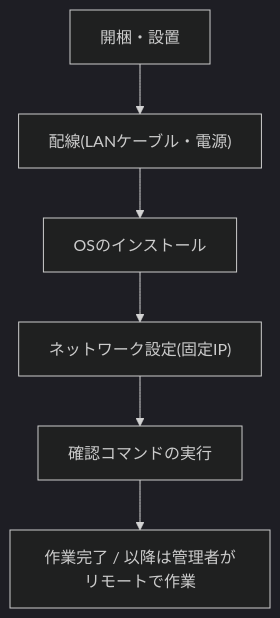
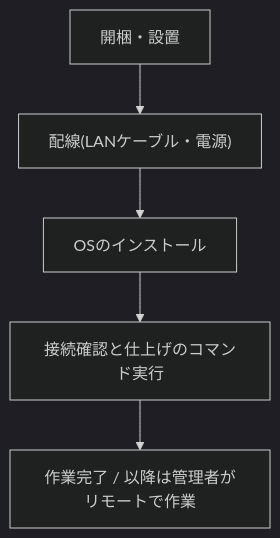
The diagram in docs/content/docs/onsite/index.mdx (morinoparty/moripa-infra), drawn with Mermaid (dark theme) before and after one commit. The commit also changed other lines of this file and 15 other files, not shown here.

````diff
--- a/docs/content/docs/onsite/index.mdx
+++ b/docs/content/docs/onsite/index.mdx
@@ -15,8 +16,7 @@
 ```mermaid
 flowchart TD
     A["開梱・設置"] --> B["配線(LANケーブル・電源)"]
     B --> C["OSのインストール"]
-    C --> D["ネットワーク設定(固定IP)"]
-    D --> E["確認コマンドの実行"]
-    E --> F["作業完了 / 以降は管理者がリモートで作業"]
+    C --> D["接続確認と仕上げのコマンド実行"]
+    D --> E["作業完了 / 以降は管理者がリモートで作業"]
 ```
````
